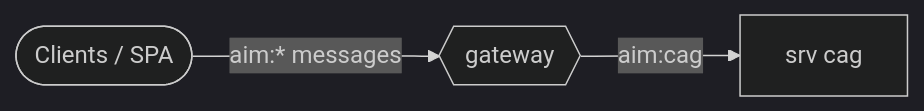
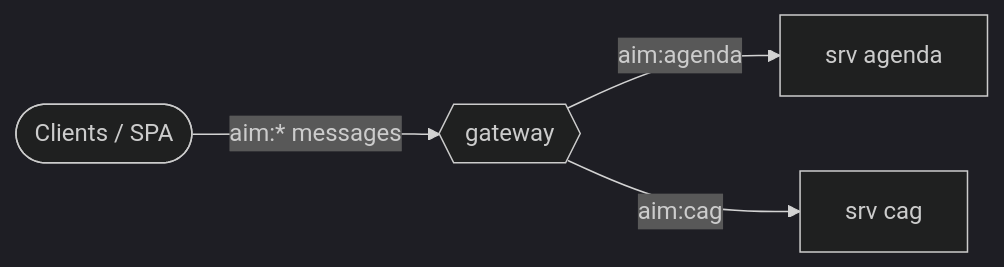
Before and after one commit to voxgig/conf-agenda: the diagram in docs/reference/messages.md, drawn with Mermaid (dark theme). The commit also changed other lines of this file and 18 other files, not shown here.

````diff
--- a/docs/reference/messages.md
+++ b/docs/reference/messages.md
@@ -11,8 +11,10 @@
 ```mermaid
 flowchart LR
   client([Clients / SPA])
   gateway{{gateway}}
   client -->|aim:* messages| gateway
+  agenda[srv agenda]
+  gateway -->|aim:agenda| agenda
   cag[srv cag]
   gateway -->|aim:cag| cag
 ```
````
